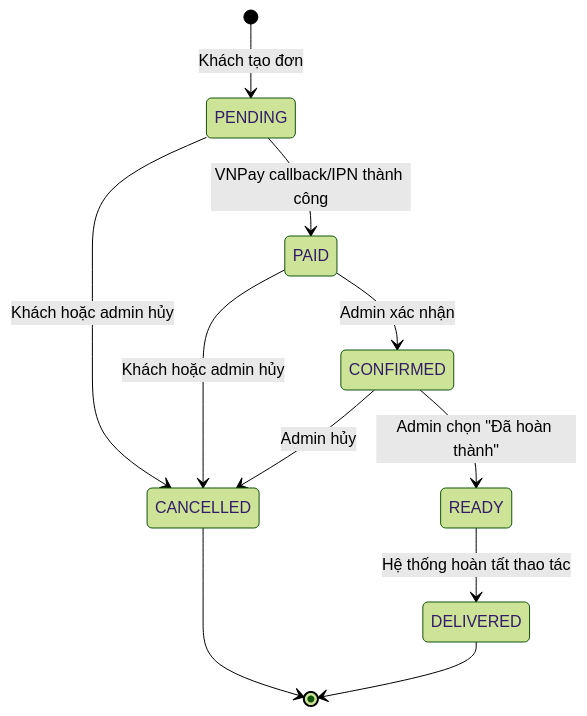
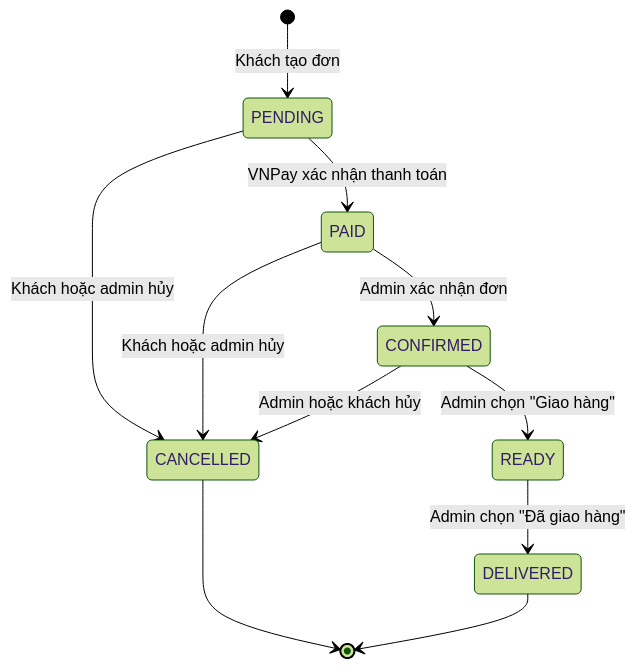
Before and after one commit to PQDReal/fastlane: the first of 4 diagrams in docs/accessory-order-state-flow.md, drawn with Mermaid (forest theme). The commit also changed other lines of this file and 6 other files, not shown here.

````diff
--- a/docs/accessory-order-state-flow.md
+++ b/docs/accessory-order-state-flow.md
@@ -11,18 +11,18 @@
 ```mermaid
 stateDiagram-v2
     [*] --> PENDING: Khách tạo đơn
 
-    PENDING --> PAID: VNPay callback/IPN thành công
+    PENDING --> PAID: VNPay xác nhận thanh toán
     PENDING --> CANCELLED: Khách hoặc admin hủy
 
-    PAID --> CONFIRMED: Admin xác nhận
+    PAID --> CONFIRMED: Admin xác nhận đơn
     PAID --> CANCELLED: Khách hoặc admin hủy
 
-    CONFIRMED --> READY: Admin chọn "Đã hoàn thành"
-    CONFIRMED --> CANCELLED: Admin hủy
+    CONFIRMED --> READY: Admin chọn "Giao hàng"
+    CONFIRMED --> CANCELLED: Admin hoặc khách hủy
 
-    READY --> DELIVERED: Hệ thống hoàn tất thao tác
+    READY --> DELIVERED: Admin chọn "Đã giao hàng"
 
     CANCELLED --> [*]
     DELIVERED --> [*]
 ```
````
